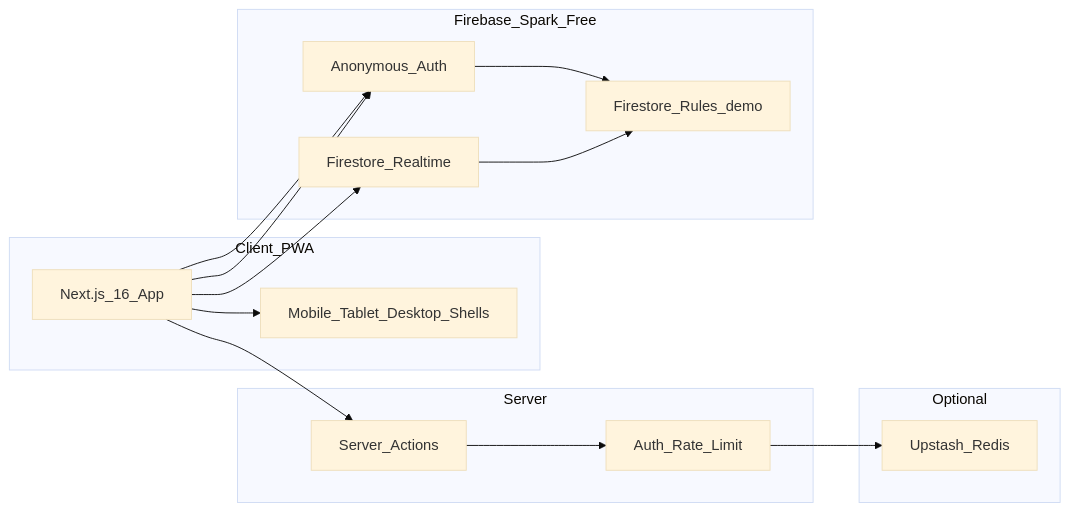
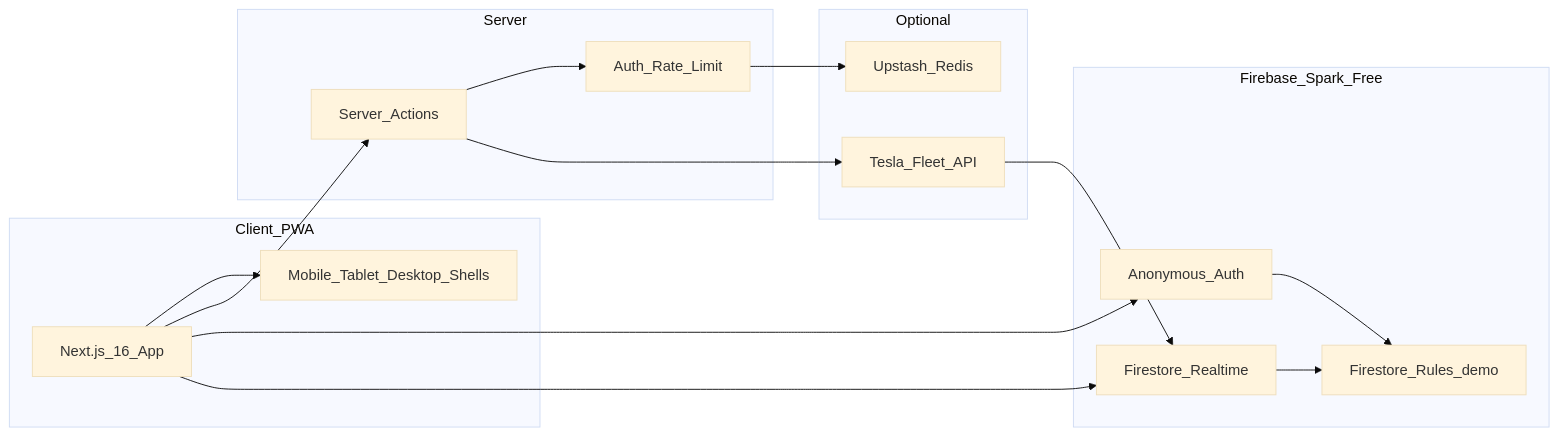
The diagram in README.md (marcoserrano21/demo-tracker-studio), drawn with Mermaid (base theme) before and after one commit. The commit also changed other lines of this file and 45 other files, not shown here.

First line of the commit message:
Add FSD take-rate tracking, Fleet API telemetry adapter, and UX polish.

````diff
--- a/README.md
+++ b/README.md
@@ -141,28 +151,30 @@
 ```mermaid
 flowchart LR
   subgraph client [Client_PWA]
     NextJS[Next.js_16_App]
     Shell[Mobile_Tablet_Desktop_Shells]
   end
   subgraph server [Server]
     ServerActions[Server_Actions]
     RateLimit[Auth_Rate_Limit]
   end
   subgraph backend [Firebase_Spark_Free]
     Auth[Anonymous_Auth]
     Firestore[Firestore_Realtime]
     Rules[Firestore_Rules_demo]
   end
   subgraph optional [Optional]
     Redis[Upstash_Redis]
+    TeslaAPI[Tesla_Fleet_API]
   end
   NextJS --> Shell
   NextJS --> ServerActions
   NextJS --> Auth
   ServerActions --> RateLimit
   RateLimit --> Redis
-  NextJS --> Auth
+  ServerActions --> TeslaAPI
+  TeslaAPI --> Firestore
   NextJS --> Firestore
   Auth --> Rules
   Firestore --> Rules
 ```
````
